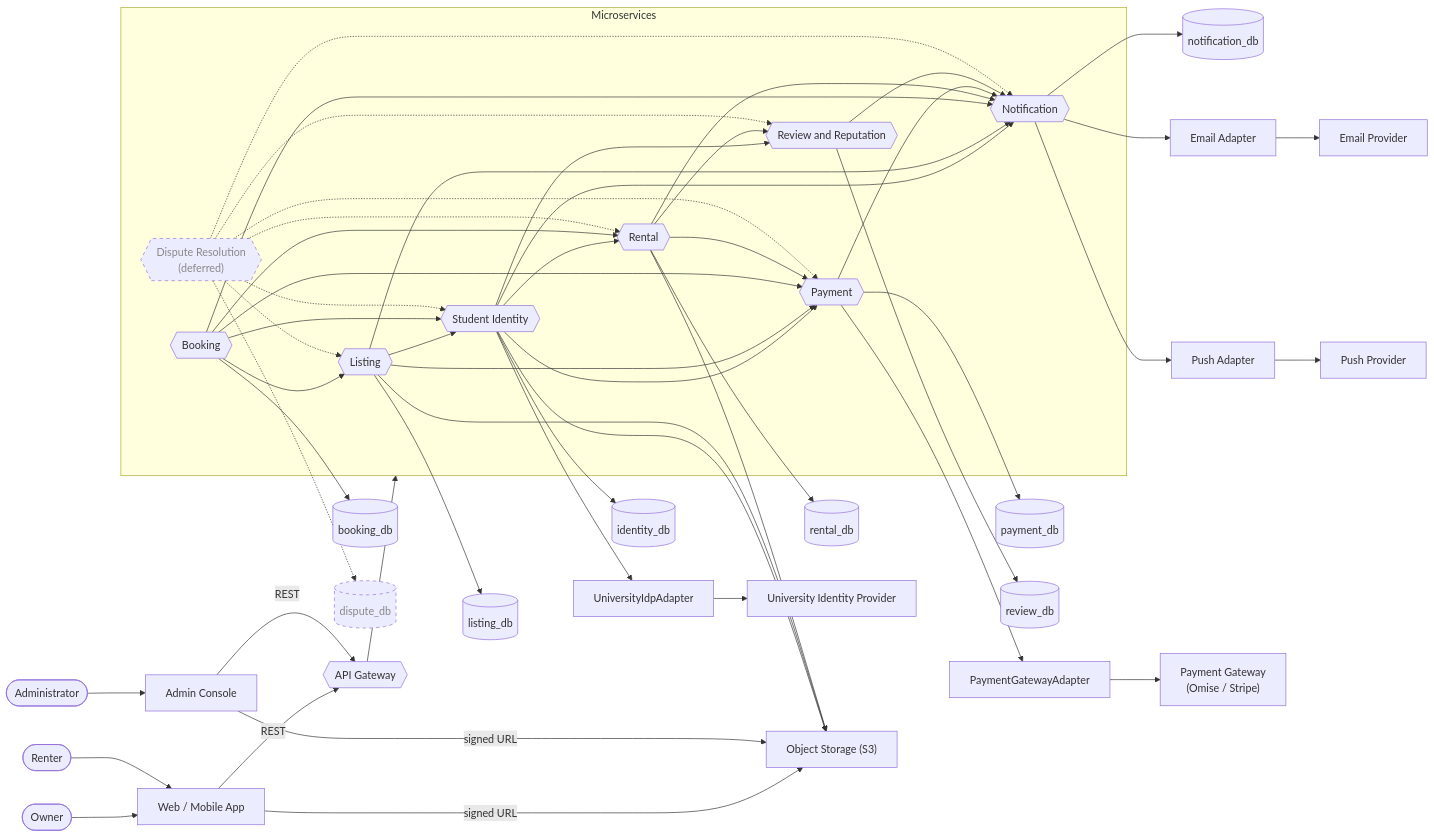
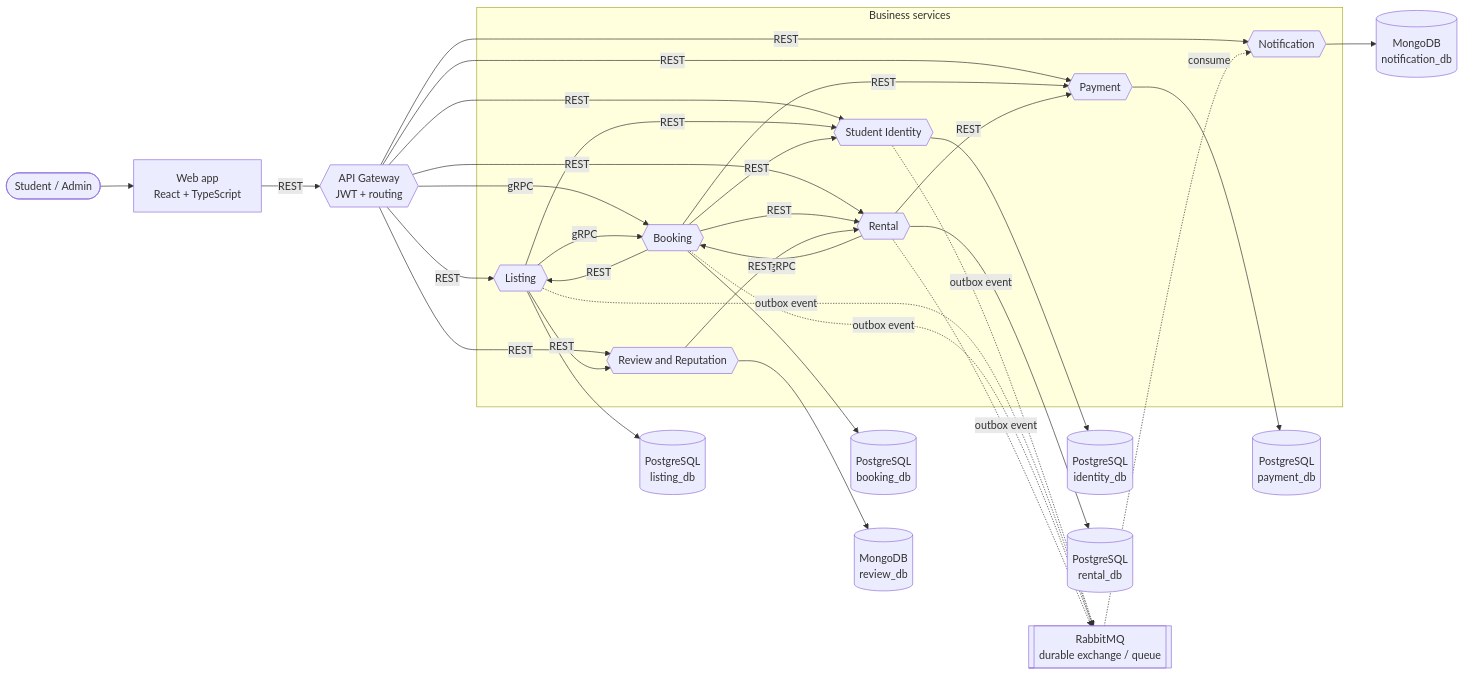
One commit to SA-sunchanging/CampusKit changed the first of 5 diagrams in docs/architecture/services.md. Above: the diagram before and after it, drawn with Mermaid. The commit also changed other lines of this file and 13 other files, not shown here.

First line of the commit message:
docs: sync architecture docs with final project description

````diff
--- a/docs/architecture/services.md
+++ b/docs/architecture/services.md
@@ -35,120 +51,61 @@
 ```mermaid
 flowchart LR
-  %% Actors
-  owner(["Owner"])
-  renter(["Renter"])
-  admin(["Administrator"])
+  user(["Student / Admin"])
+  web["Web app<br/>React + TypeScript"]
+  gateway{{"API Gateway<br/>JWT + routing"}}
 
-  %% Client applications
-  webapp["Web / Mobile App"]
-  console["Admin Console"]
-
-  %% Gateway
-  gateway{{"API Gateway"}}
-
-  %% Domain microservices
-  subgraph svc ["Microservices"]
+  subgraph svc ["Business services"]
     identity{{"Student Identity"}}
     listing{{"Listing"}}
     booking{{"Booking"}}
     rental{{"Rental"}}
     payment{{"Payment"}}
     review{{"Review and Reputation"}}
-    dispute{{"Dispute Resolution<br/>(deferred)"}}
     notification{{"Notification"}}
   end
 
-  %% Private databases, one per service
-  identityDb[("identity_db")]
-  listingDb[("listing_db")]
-  bookingDb[("booking_db")]
-  rentalDb[("rental_db")]
-  paymentDb[("payment_db")]
-  reviewDb[("review_db")]
-  disputeDb[("dispute_db")]
-  notificationDb[("notification_db")]
+  mq[["RabbitMQ<br/>durable exchange / queue"]]
 
-  %% Adapters
-  payAdapter["PaymentGatewayAdapter"]
-  idpAdapter["UniversityIdpAdapter"]
-  emailAdapter["Email Adapter"]
-  pushAdapter["Push Adapter"]
+  identityDb[("PostgreSQL<br/>identity_db")]
+  listingDb[("PostgreSQL<br/>listing_db")]
+  bookingDb[("PostgreSQL<br/>booking_db")]
+  rentalDb[("PostgreSQL<br/>rental_db")]
+  paymentDb[("PostgreSQL<br/>payment_db")]
+  reviewDb[("MongoDB<br/>review_db")]
+  notificationDb[("MongoDB<br/>notification_db")]
 
-  %% External systems
-  payGw["Payment Gateway<br/>(Omise / Stripe)"]
-  idp["University Identity Provider"]
-  emailProv["Email Provider"]
-  pushProv["Push Provider"]
-  storage["Object Storage (S3)"]
+  user --> web
+  web -- "REST" --> gateway
+  gateway -- "REST" --> identity
+  gateway -- "REST" --> listing
+  gateway -- "gRPC" --> booking
+  gateway -- "REST" --> rental
+  gateway -- "REST" --> payment
+  gateway -- "REST" --> review
+  gateway -- "REST" --> notification
 
-  %% Clients
-  owner --> webapp
-  renter --> webapp
-  admin --> console
-  webapp -- "REST" --> gateway
-  console -- "REST" --> gateway
-  webapp -- "signed URL" --> storage
-  console -- "signed URL" --> storage
+  listing -- "REST" --> identity
+  listing -- "gRPC" --> booking
+  listing -- "REST" --> review
+  booking -- "REST" --> identity
+  booking -- "REST" --> listing
+  booking -- "REST" --> payment
+  booking -- "REST" --> rental
+  rental -- "gRPC" --> booking
+  rental -- "REST" --> payment
+  review -- "REST" --> rental
 
-  %% Gateway routes requests to the services (no business logic)
-  gateway --> svc
+  identity -. "outbox event" .-> mq
+  listing -. "outbox event" .-> mq
+  booking -. "outbox event" .-> mq
+  rental -. "outbox event" .-> mq
+  mq -. "consume" .-> notification
 
-  %% Student Identity
-  identity --> rental
-  identity --> payment
-  identity --> review
-  identity --> notification
-  identity --> idpAdapter --> idp
-  identity --> storage
-
-  %% Listing
-  listing --> identity
-  listing --> payment
-  listing --> notification
-  listing --> storage
-
-  %% Booking
-  booking --> listing
-  booking --> payment
-  booking --> rental
-  booking --> identity
-  booking --> notification
-
-  %% Rental
-  rental --> payment
-  rental --> review
-  rental --> notification
-  rental --> storage
-
-  %% Payment
-  payment --> payAdapter --> payGw
-  payment --> notification
-
-  %% Review and Reputation
-  review --> notification
-
-  %% Dispute Resolution (deferred)
-  dispute -.-> rental
-  dispute -.-> identity
-  dispute -.-> payment
-  dispute -.-> review
-  dispute -.-> listing
-  dispute -.-> notification
-
-  %% Notification
-  notification --> emailAdapter --> emailProv
-  notification --> pushAdapter --> pushProv
-
-  %% Private databases
   identity --> identityDb
   listing --> listingDb
   booking --> bookingDb
   rental --> rentalDb
   payment --> paymentDb
   review --> reviewDb
-  dispute -.-> disputeDb
   notification --> notificationDb
-
-  classDef deferred stroke-dasharray: 5 5,color:#888888
-  class dispute,disputeDb deferred
 ```
````
